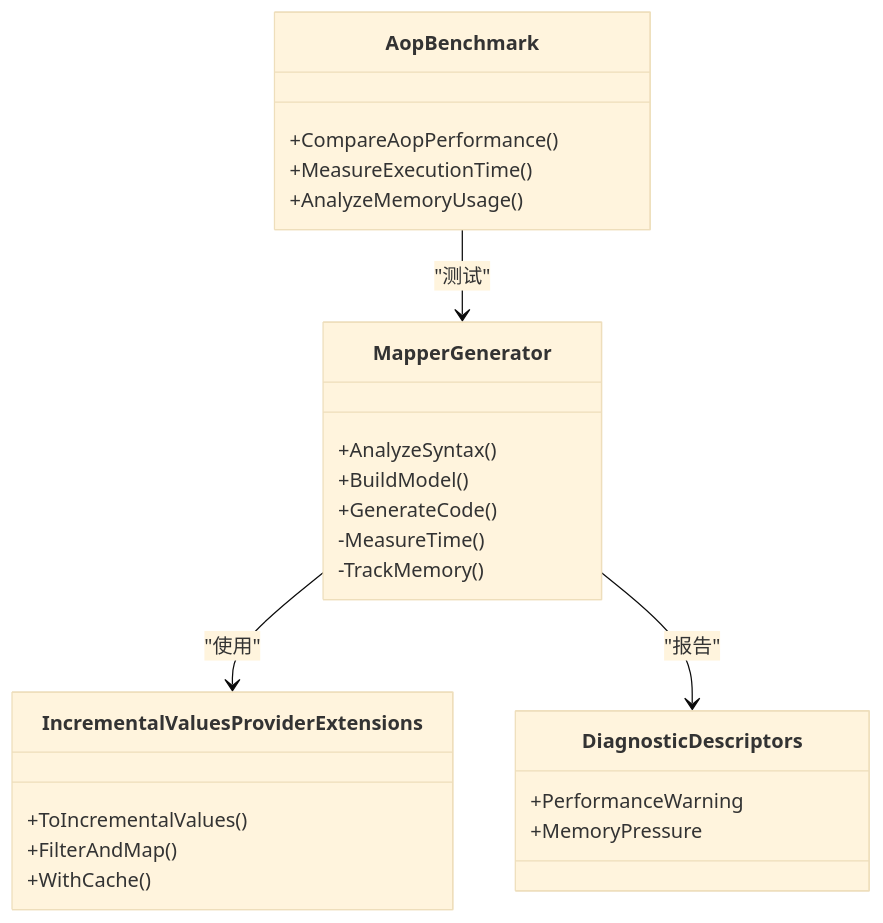
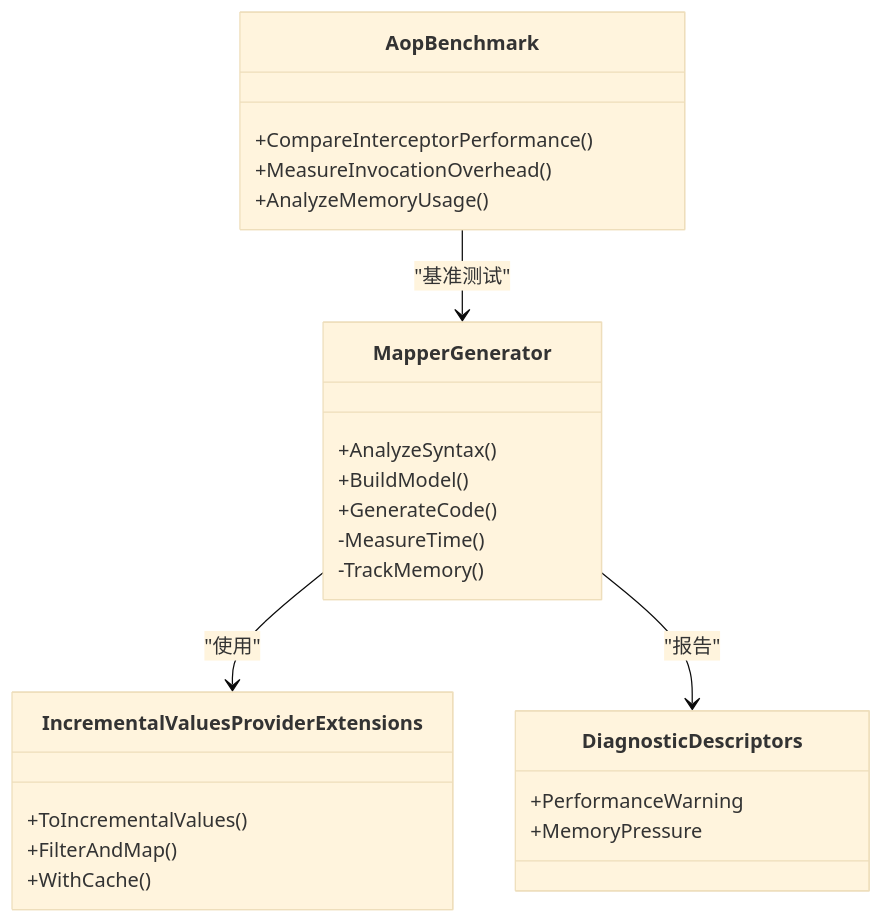
Before and after one commit to alivy/AutoCode: the fourth of 6 diagrams in .qoder/repowiki/zh/content/调试与诊断/性能监控与优化.md, drawn with Mermaid (base theme). The commit also changed other lines of this file and 279 other files, not shown here.

````diff
--- a/.qoder/repowiki/zh/content/调试与诊断/性能监控与优化.md
+++ b/.qoder/repowiki/zh/content/调试与诊断/性能监控与优化.md
@@ -175,27 +176,27 @@
 ```mermaid
 classDiagram
 class MapperGenerator {
 +AnalyzeSyntax()
 +BuildModel()
 +GenerateCode()
 -MeasureTime()
 -TrackMemory()
 }
 class IncrementalValuesProviderExtensions {
 +ToIncrementalValues()
 +FilterAndMap()
 +WithCache()
 }
 class DiagnosticDescriptors {
 +PerformanceWarning
 +MemoryPressure
 }
 class AopBenchmark {
-+CompareAopPerformance()
-+MeasureExecutionTime()
++CompareInterceptorPerformance()
++MeasureInvocationOverhead()
 +AnalyzeMemoryUsage()
 }
 MapperGenerator --> IncrementalValuesProviderExtensions : "使用"
 MapperGenerator --> DiagnosticDescriptors : "报告"
-AopBenchmark --> MapperGenerator : "测试"
+AopBenchmark --> MapperGenerator : "基准测试"
 ```
````
